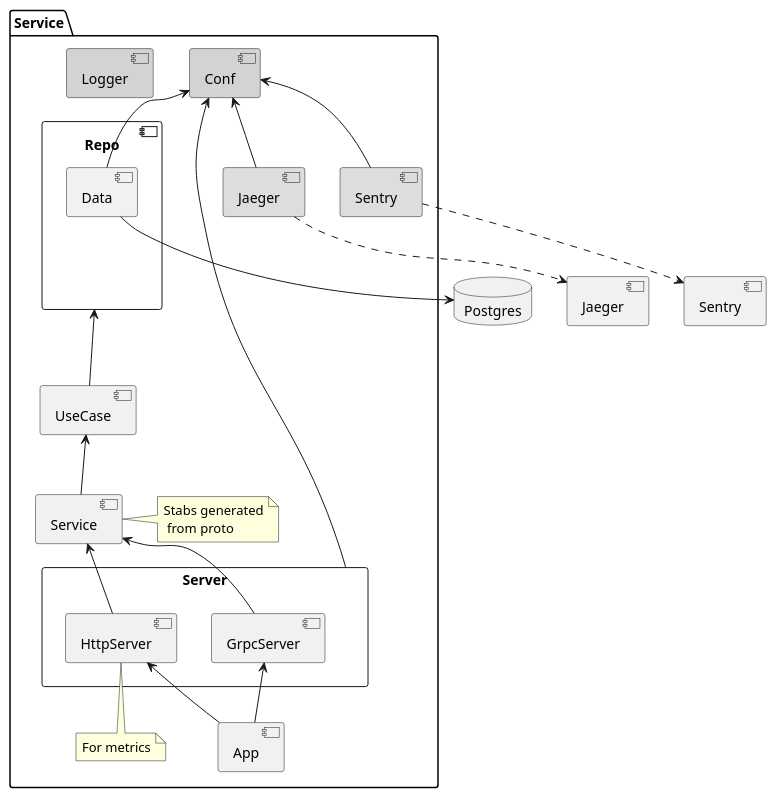
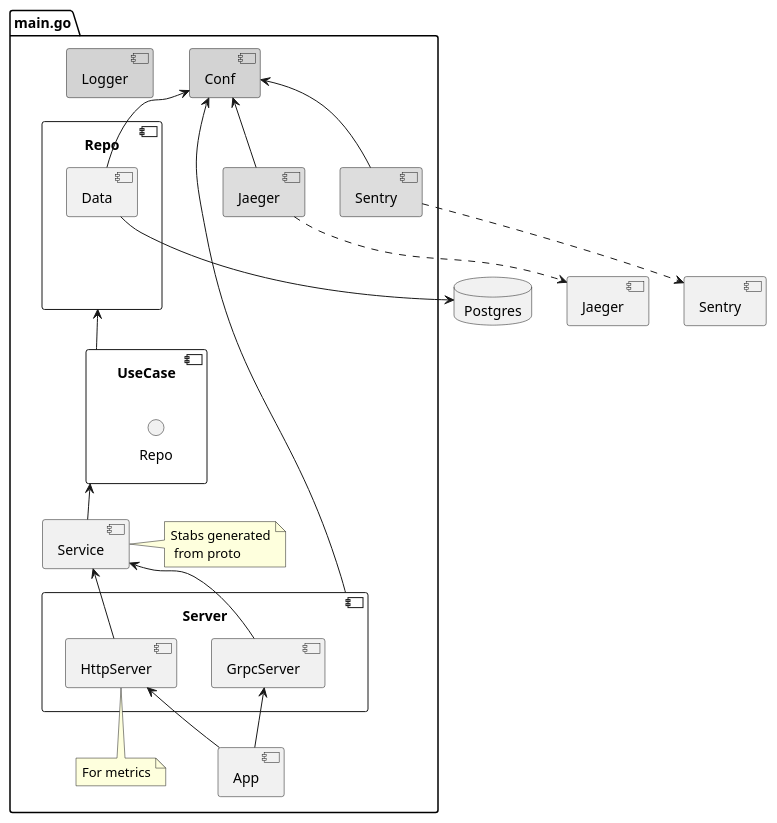
The diagram in cmd/server/components.puml (timurkash/kratos-layout), drawn with PlantUML before and after one commit.

Commit message:
puml mod

```diff
--- a/cmd/server/components.puml
+++ b/cmd/server/components.puml
@@ -1,45 +1,47 @@
 @startuml
 
-package Service {
+package main.go {
     [Conf] as conf #lightgray
     [Logger] as logger #lightgray
     component Repo as repo {
         [Data] as data
     }
-    [UseCase] as uc
+    component [UseCase] as uc {
+        interface Repo
+    }
     [Service] as service
-    rectangle Server as server {
+    component Server as server {
         [GrpcServer] as grpc
         [HttpServer] as http
     }
     [App] as app
     [Jaeger] as trace #ddd
     [Sentry] as log #ddd
     note "Stabs generated\n from proto" as stabs_note
     note "For metrics" as http_note
 }
 [Jaeger]
 [Sentry]
 
 database Postgres
 data -d-> Postgres
 trace ..> Jaeger
 log ..> Sentry
 
 conf <-- data
 conf <-- server
 conf <-- trace
 conf <-- log
 
 data -[hidden]- repo
 repo <-- uc
 uc <-- service
 service <-- grpc
 service <-- http
 grpc <-- app
 http <-- app
 
 service - stabs_note
 http -- http_note
 
 @enduml
```
